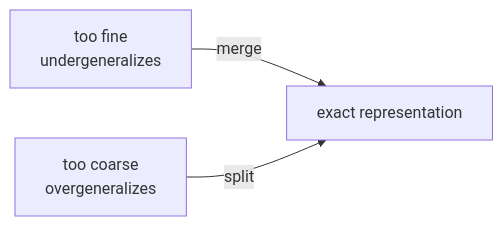
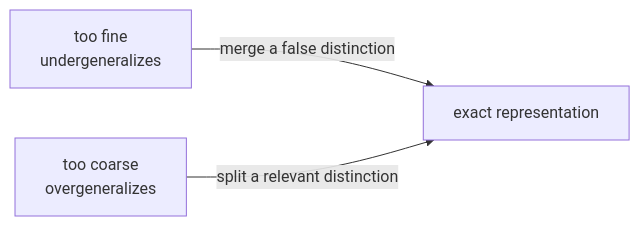
One commit to cristianoc/arc-challenge changed the sixth of 14 diagrams in miniARC/generalization_as_inductive_structure.md. Above: the diagram before and after it, drawn with Mermaid. The commit also changed other lines of this file, not shown here.

````diff
--- a/miniARC/generalization_as_inductive_structure.md
+++ b/miniARC/generalization_as_inductive_structure.md
@@ -148,5 +170,5 @@
 ```mermaid
 flowchart LR
-    P["too fine\nundergeneralizes"] -->|"merge"| O["exact representation"]
-    B["too coarse\novergeneralizes"] -->|"split"| O
+    P["too fine\nundergeneralizes"] -->|"merge a false distinction"| O["exact representation"]
+    B["too coarse\novergeneralizes"] -->|"split a relevant distinction"| O
 ```
````
